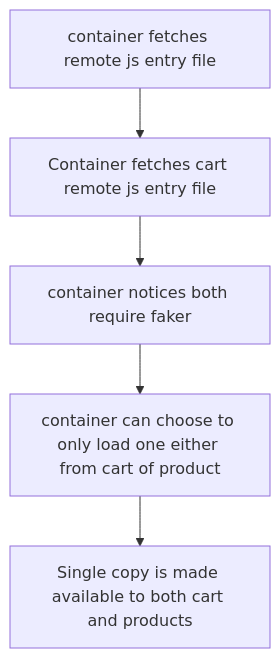
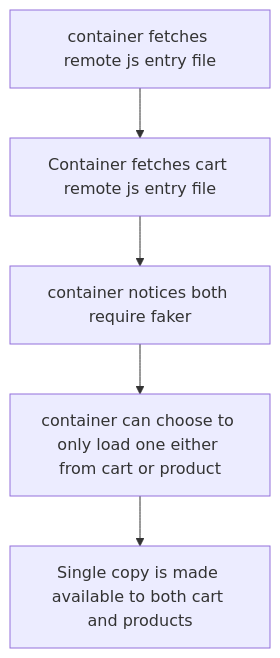
The fourth of 4 diagrams in README.md (shaksham08/Microfrontend-learning), drawn with Mermaid before and after one commit. The commit also changed other lines of this file and 2 other files, not shown here.

````diff
--- a/README.md
+++ b/README.md
@@ -307,7 +309,7 @@
 ```mermaid
  graph TD;
      A[container fetches remote js entry file]-->B[Container fetches cart remote js entry file];
      B-->C[container notices both require faker];
-     C-->D[container can choose to only load one either from cart of product];
+     C-->D[container can choose to only load one either from cart or product];
      D-->E[Single copy is made available to both cart and products];
 ```
````
